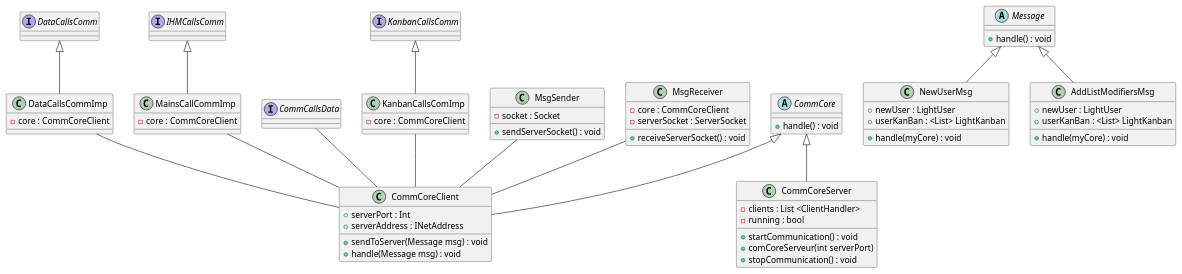
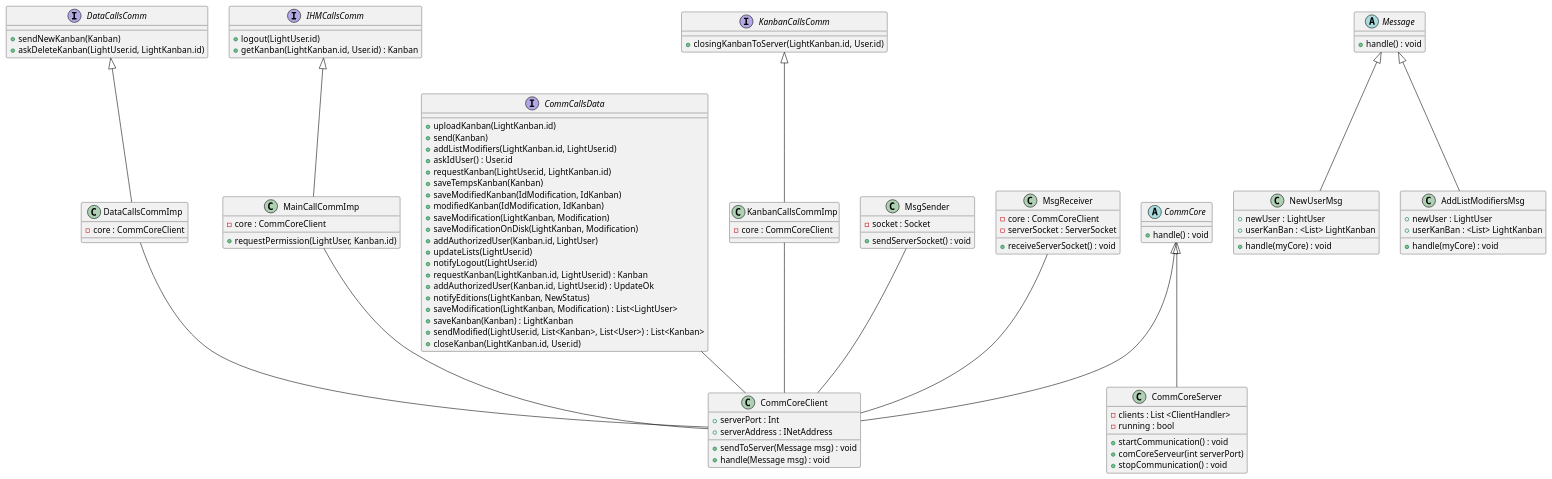
Before and after one commit to moha-tah/kanban-project: the diagram in diagrams/classes/Comm.puml, drawn with PlantUML.

Commit message:
Refactor Comm class diagram for improved clarity and consistency
- Adjusted formatting for class attributes and methods for better readability.
- Corrected class names and relationships for accuracy.
- Added new methods to interfaces for enhanced functionality representation.

```diff
--- a/diagrams/classes/Comm.puml
+++ b/diagrams/classes/Comm.puml
@@ -1,100 +1,121 @@
 @startuml Comm
 
 ' --- Définition des classes ---
 class CommCoreClient {
-    +sendToServer(Message msg) : void
-    +serverPort : Int
-    +serverAddress : INetAddress
-    +handle(Message msg) : void
-    
-}
-
+    + sendToServer(Message msg) : void
+    + serverPort : Int
+    + serverAddress : INetAddress
+    + handle(Message msg) : void
+     
+} 
+ 
 class CommCoreServer {
-    -clients : List <ClientHandler>
-    -running : bool
-    +startCommunication() : void
-    +comCoreServeur(int serverPort)
-    +stopCommunication() : void
-}
-
+    - clients : List <ClientHandler>
+    - running : bool
+    + startCommunication() : void
+    + comCoreServeur(int serverPort)
+    + stopCommunication() : void
+} 
+ 
 abstract class Message {
-    +handle() : void
+    + handle() : void
 }
 
 abstract class CommCore {
-    +handle() : void
+    + handle() : void
 }
 
 class NewUserMsg {
-    +newUser : LightUser
-    +userKanBan : <List> LightKanban
-    +handle(myCore) : void
+    + newUser : LightUser
+    + userKanBan : <List> LightKanban
+    + handle(myCore) : void
 }
 
-class AddListModifiersMsg {
-    +newUser : LightUser
-    +userKanBan : <List> LightKanban
-    +handle(myCore) : void
+class  AddListModifiersMsg {
+    + newUser : LightUser
+    + userKanBan : <List> LightKanban
+    + handle(myCore) : void
 }
 
-class DataCallsCommImp {
-    -core : CommCoreClient
-}
-
-class MainsCallCommImp {
-    -core : CommCoreClient
+class  DataCallsCommImp {
+    - core : CommCoreClient
+} 
+ 
+class MainCallCommImp {
+    - core : CommCoreClient
+    + requestPermission(LightUser, Kanban.id)
 }
 
 interface DataCallsComm {
-
+    + sendNewKanban(Kanban)
+    + askDeleteKanban(LightUser.id, LightKanban.id)
 }
 
 interface IHMCallsComm {
-
+    +logout(LightUser.id)
+    + getKanban(LightKanban.id, User.id) : Kanban
 }
 
 interface CommCallsData {
-
+    + uploadKanban(LightKanban.id)
+    + send(Kanban)
+    + addListModifiers(LightKanban.id, LightUser.id)
+    + askIdUser() : User.id
+    + requestKanban(LightUser.id, LightKanban.id)
+    + saveTempsKanban(Kanban)
+    + saveModifiedKanban(IdModification, IdKanban)
+    + modifiedKanban(IdModification, IdKanban)
+    + saveModification(LightKanban, Modification)
+    + saveModificationOnDisk(LightKanban, Modification)
+    + addAuthorizedUser(Kanban.id, LightUser)
+    + updateLists(LightUser.id)
+    + notifyLogout(LightUser.id)
+    + requestKanban(LightKanban.id, LightUser.id) : Kanban
+    + addAuthorizedUser(Kanban.id, LightUser.id) : UpdateOk
+    + notifyEditions(LightKanban, NewStatus)
+    + saveModification(LightKanban, Modification) : List<LightUser>
+    + saveKanban(Kanban) : LightKanban
+    + sendModified(LightUser.id, List<Kanban>, List<User>) : List<Kanban>
+    + closeKanban(LightKanban.id, User.id)
 }
 
 interface KanbanCallsComm {
-
-
+    + closingKanbanToServer(LightKanban.id, User.id)
 }
 
-class KanbanCallsComImp {
-    -core : CommCoreClient
-
-}
-
+class KanbanCallsCommImp {
+    - core : CommCoreClient
+ 
+} 
+ 
 class MsgSender {
-    -socket : Socket
-    +sendServerSocket() : void
-}
-
+    - socket : Socket
+    + sendServerSocket() : void
+} 
+ 
 class MsgReceiver {
-    -core : CommCoreClient
-    -serverSocket : ServerSocket
-    +receiveServerSocket() : void
+    - core : CommCoreClient
+    - serverSocket : ServerSocket
+    + receiveServerSocket() : void
 }
 
 ' --- Relations possibles ---
-MainsCallCommImp -- CommCoreClient
+MainCallCommImp -- CommCoreClient
 DataCallsCommImp -- CommCoreClient
 CommCallsData -- CommCoreClient
 MsgReceiver -- CommCoreClient
 MsgSender -- CommCoreClient
-KanbanCallsComImp -- CommCoreClient
+KanbanCallsCommImp -- CommCoreClient
 
 
 
-KanbanCallsComm <|-- KanbanCallsComImp
+KanbanCallsComm <|-- KanbanCallsCommImp
 DataCallsComm <|-- DataCallsCommImp
-IHMCallsComm <|-- MainsCallCommImp
+IHMCallsComm <|-- MainCallCommImp
 CommCore <|-- CommCoreClient
 CommCore <|-- CommCoreServer
 Message <|-- AddListModifiersMsg
 Message <|-- NewUserMsg
 
 
 @enduml
```
